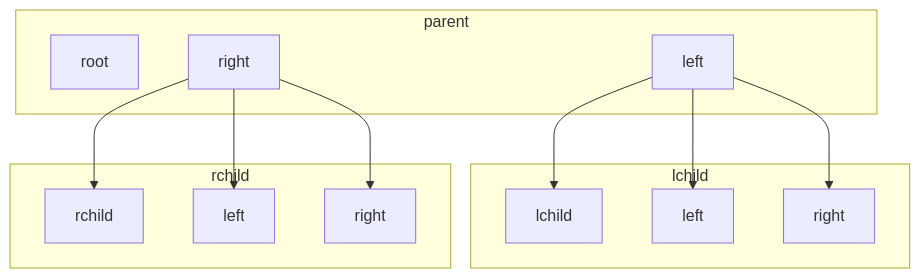
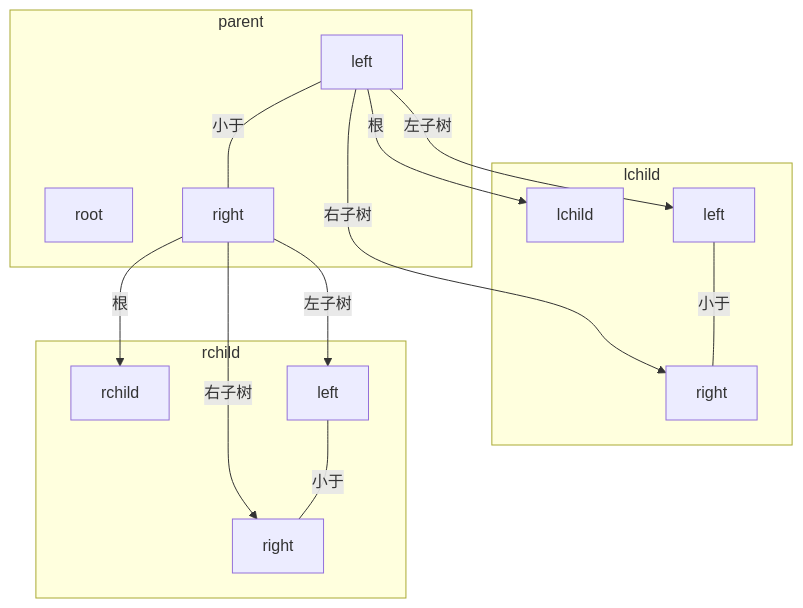
One commit to gittauros/kaleido-palutena changed the diagram in algorithm/leetcode1008solve.md. Above: the diagram before and after it, drawn with Mermaid.

````diff
--- a/algorithm/leetcode1008solve.md
+++ b/algorithm/leetcode1008solve.md
@@ -60,28 +60,33 @@
 ```mermaid
 graph TB
 
     subgraph parent
         root[root]
         left[left]
         right[right]
     end
     subgraph lchild
         lchdRoot[lchild]
         lchdLeft[left]
         lchdRight[right]
     end
     subgraph rchild
         rchdRoot[rchild]
         rchdLeft[left]
         rchdRight[right]
     end
 
-    left --> lchdRoot
-    left --> lchdLeft
-    left --> lchdRight
+    left ---|小于| right
 
-    right --> rchdRoot
-    right --> rchdLeft
-    right --> rchdRight
+    left -->|根| lchdRoot
+    left -->|左子树| lchdLeft
+    left -->|右子树| lchdRight
 
+    lchdLeft ---|小于| lchdRight
+
+    right -->|根| rchdRoot
+    right -->|左子树| rchdLeft
+    right -->|右子树| rchdRight
+
+    rchdLeft ---|小于| rchdRight
 ```
````
